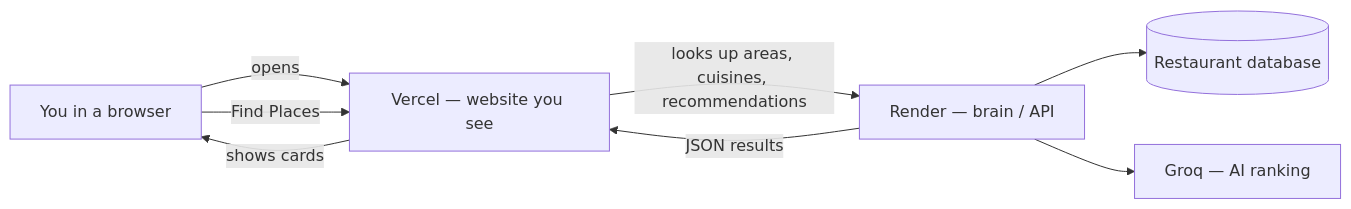
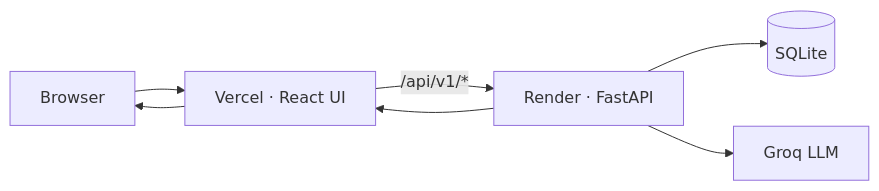
One commit to sakurasasuke9211-dev/restaurant-recommendation-app changed the diagram in README.md. Above: the diagram before and after it, drawn with Mermaid. The commit also changed other lines of this file, not shown here.

````diff
--- a/README.md
+++ b/README.md
@@ -14,16 +43,15 @@
 ```mermaid
 flowchart LR
-    User[You in a browser]
-    Vercel[Vercel — website you see]
-    Render[Render — brain / API]
-    Groq[Groq — AI ranking]
-    DB[(Restaurant database)]
+    Browser[Browser]
+    Vercel[Vercel · React UI]
+    Render[Render · FastAPI]
+    DB[(SQLite)]
+    Groq[Groq LLM]
 
-    User -->|opens| Vercel
-    User -->|Find Places| Vercel
-    Vercel -->|looks up areas, cuisines, recommendations| Render
+    Browser --> Vercel
+    Vercel -->|/api/v1/*| Render
     Render --> DB
     Render --> Groq
-    Render -->|JSON results| Vercel
-    Vercel -->|shows cards| User
+    Render --> Vercel
+    Vercel --> Browser
 ```
````
